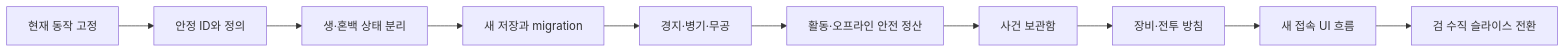
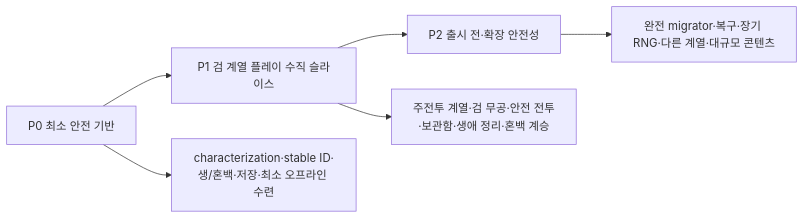
One commit to woals0304/FirstForm changed the diagram in Docs/Roadmap/CoreSystemMigrationPlan.md. Above: the diagram before and after it, drawn with Mermaid. The commit also changed other lines of this file and 4 other files, not shown here.

````diff
--- a/Docs/Roadmap/CoreSystemMigrationPlan.md
+++ b/Docs/Roadmap/CoreSystemMigrationPlan.md
@@ -18,12 +20,8 @@
 ```mermaid
 flowchart LR
-    A["현재 동작 고정"] --> B["안정 ID와 정의"]
-    B --> C["생·혼백 상태 분리"]
-    C --> D["새 저장과 migration"]
-    D --> E["경지·병기·무공"]
-    E --> F["활동·오프라인 안전 정산"]
-    F --> G["사건 보관함"]
-    G --> H["장비·전투 방침"]
-    H --> I["새 접속 UI 흐름"]
-    I --> J["검 수직 슬라이스 전환"]
+    A["P0 최소 안전 기반"] --> B["P1 검 계열 플레이 수직 슬라이스"]
+    B --> C["P2 출시 전·확장 안전성"]
+    A --> A1["characterization·stable ID·생/혼백·저장·최소 오프라인 수련"]
+    B --> B1["주전투 계열·검 무공·안전 전투·보관함·생애 정리·혼백 계승"]
+    C --> C1["완전 migrator·복구·장기 RNG·다른 계열·대규모 콘텐츠"]
 ```
````
